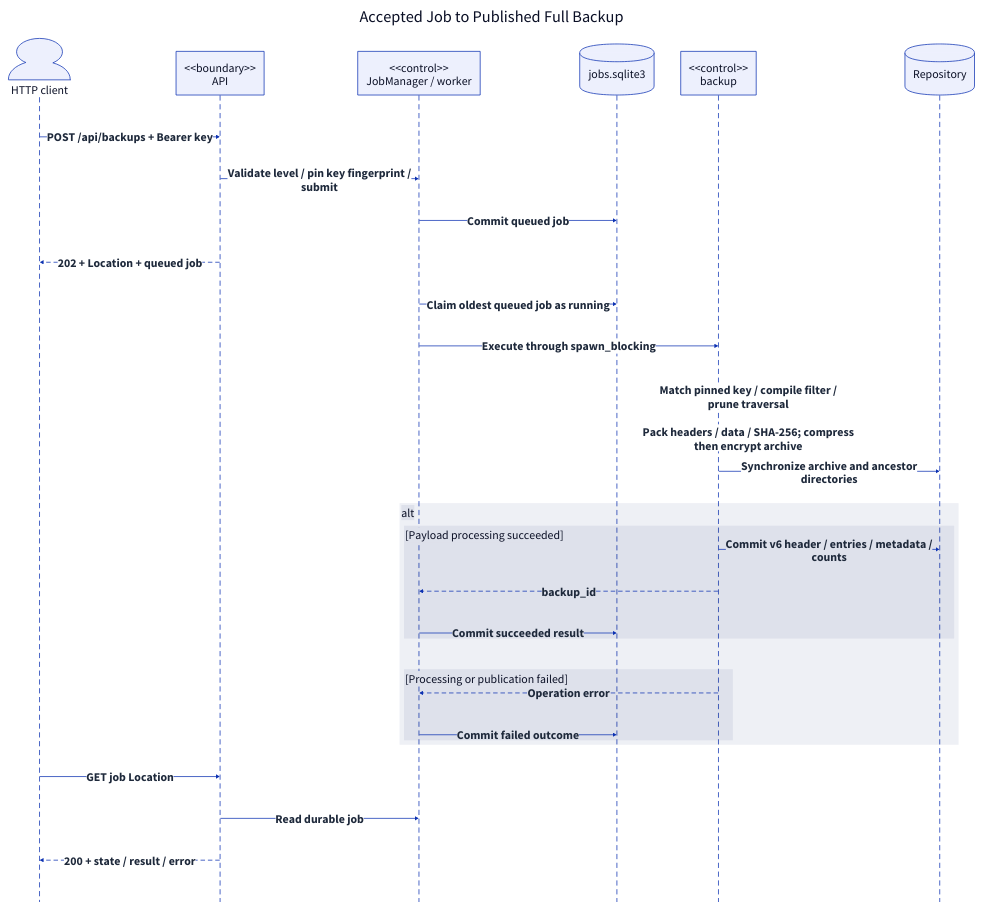
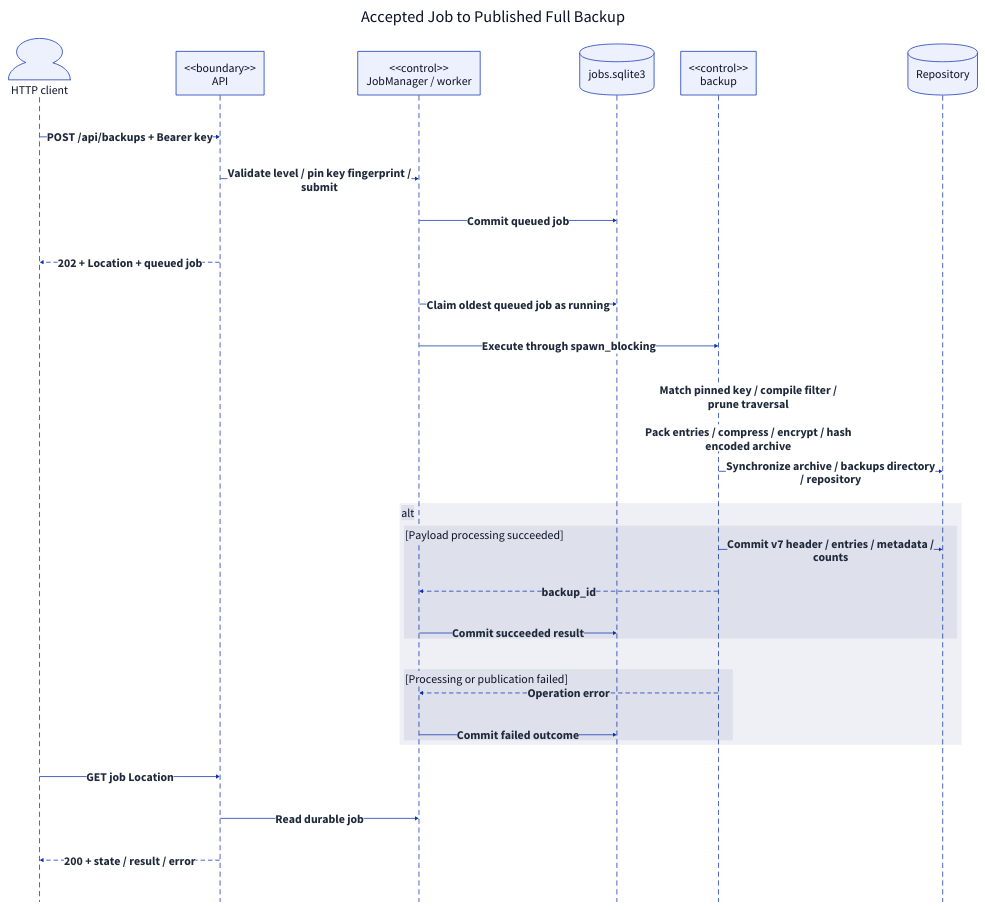
The diagram in docs/report/generated/system-sequence-backup.d2 (qi7876/software-development-exp), drawn with D2 before and after one commit. The commit also changed 17 other files, not shown here.

Commit message:
docs: describe archive-level integrity and flat repository layout

```diff
--- a/docs/report/generated/system-sequence-backup.d2
+++ b/docs/report/generated/system-sequence-backup.d2
@@ -1,41 +1,41 @@
 # Generated from docs/report/model.yaml; do not edit directly.
 direction: down
 **.style.font-size: 32
 (** -> **)[*].style: {font-size: 32; bold: true; italic: false; font-color: "#1E293B"}
 (** -- **)[*].style: {font-size: 32; bold: true; italic: false; font-color: "#1E293B"}
 (** <- **)[*].style: {font-size: 32; bold: true; italic: false; font-color: "#1E293B"}
 diagram: "Accepted Job to Published Full Backup" {
   style.font-size: 44
   style.fill: white
   style.stroke: transparent
   shape: sequence_diagram
   Client: "HTTP client" {shape: person}
   API: "<<boundary>>\nAPI" {shape: rectangle}
   Jobs: "<<control>>\nJobManager / worker" {shape: rectangle}
   DB: "jobs.sqlite3" {shape: cylinder}
   Backup: "<<control>>\nbackup" {shape: rectangle}
   Repo: "Repository" {shape: cylinder}
   Client -> API: "POST /api/backups + Bearer key"
   API -> Jobs: "Validate level / pin key fingerprint /\nsubmit"
   Jobs -> DB: "Commit queued job"
   API -> Client: "202 + Location + queued job" {style.stroke-dash: 5}
   Jobs -> DB: "Claim oldest queued job as running"
   Jobs -> Backup: "Execute through spawn_blocking"
   Backup -> Backup: "Match pinned key / compile filter /\nprune traversal"
-  Backup -> Backup: "Pack headers / data / SHA-256; compress\nthen encrypt archive"
-  Backup -> Repo: "Synchronize archive and ancestor\ndirectories"
+  Backup -> Backup: "Pack entries / compress / encrypt / hash\nencoded archive"
+  Backup -> Repo: "Synchronize archive / backups directory\n/ repository"
   fragment_9: alt {
     branch_9: "[Payload processing succeeded]" {
-      Backup -> Repo: "Commit v6 header / entries / metadata /\ncounts"
+      Backup -> Repo: "Commit v7 header / entries / metadata /\ncounts"
       Backup -> Jobs: "backup_id" {style.stroke-dash: 5}
       Jobs -> DB: "Commit succeeded result"
     }
     branch_13: "[Processing or publication failed]" {
       Backup -> Jobs: "Operation error" {style.stroke-dash: 5}
       Jobs -> DB: "Commit failed outcome"
     }
   }
   Client -> API: "GET job Location"
   API -> Jobs: "Read durable job"
   API -> Client: "200 + state / result / error" {style.stroke-dash: 5}
 }
```
